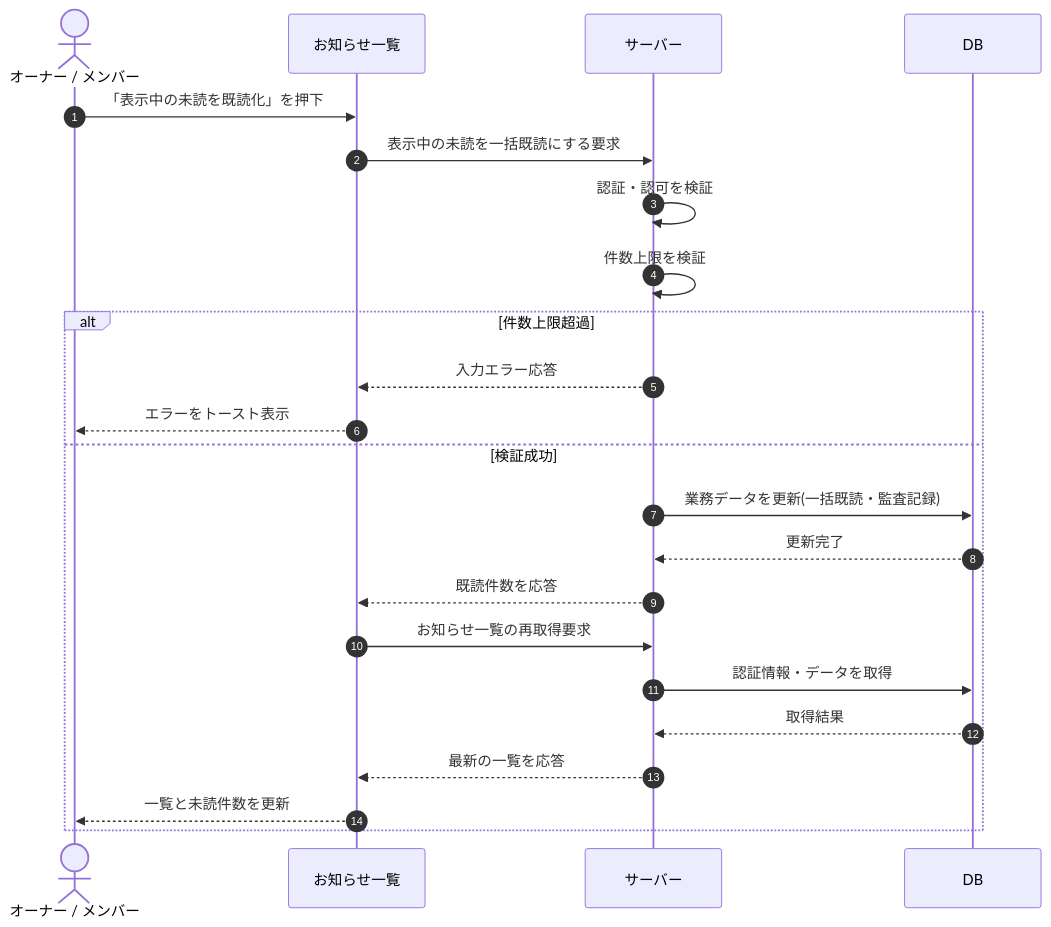
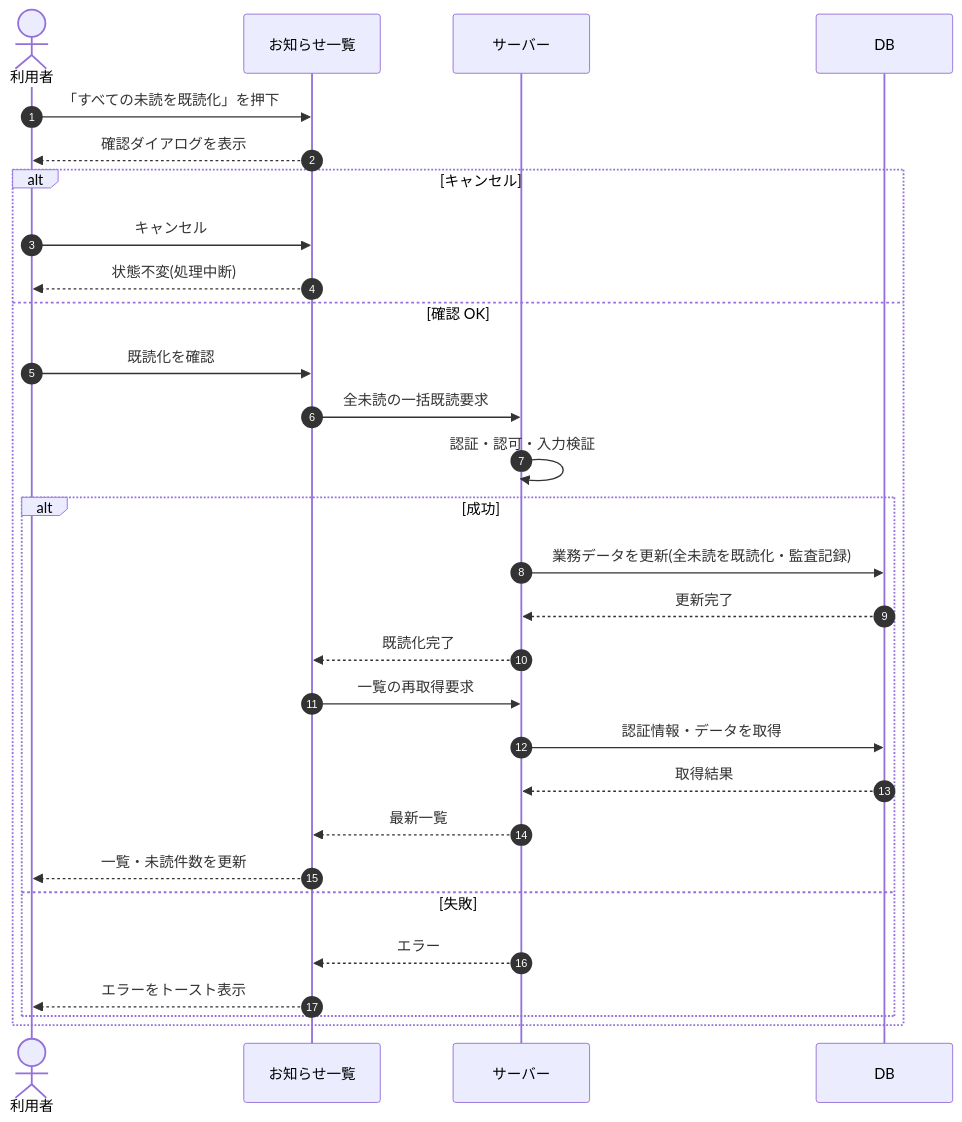
The diagram in 02_basic_design/03_sequences/SEQ-060.md (sikakou54/open-faq), drawn with Mermaid before and after one commit. The commit also changed other lines of this file and 395 other files, not shown here.

````diff
--- a/02_basic_design/03_sequences/SEQ-060.md
+++ b/02_basic_design/03_sequences/SEQ-060.md
@@ -25,25 +25,31 @@
 ```mermaid
 sequenceDiagram
   autonumber
-  actor U as オーナー / メンバー
+  actor U as 利用者
   participant Screen as お知らせ一覧
   participant Server as サーバー
   participant DB as DB
-  U->>Screen: 「表示中の未読を既読化」を押下
-  Screen->>Server: 表示中の未読を一括既読にする要求
-  Server->>Server: 認証・認可を検証
-  Server->>Server: 件数上限を検証
-  alt 件数上限超過
-    Server-->>Screen: 入力エラー応答
-    Screen-->>U: エラーをトースト表示
-  else 検証成功
-    Server->>DB: 業務データを更新(一括既読・監査記録)
-    DB-->>Server: 更新完了
-    Server-->>Screen: 既読件数を応答
-    Screen->>Server: お知らせ一覧の再取得要求
-    Server->>DB: 認証情報・データを取得
-    DB-->>Server: 取得結果
-    Server-->>Screen: 最新の一覧を応答
-    Screen-->>U: 一覧と未読件数を更新
+  U->>Screen: 「すべての未読を既読化」を押下
+  Screen-->>U: 確認ダイアログを表示
+  alt キャンセル
+    U->>Screen: キャンセル
+    Screen-->>U: 状態不変(処理中断)
+  else 確認 OK
+    U->>Screen: 既読化を確認
+    Screen->>Server: 全未読の一括既読要求
+    Server->>Server: 認証・認可・入力検証
+    alt 成功
+      Server->>DB: 業務データを更新(全未読を既読化・監査記録)
+      DB-->>Server: 更新完了
+      Server-->>Screen: 既読化完了
+      Screen->>Server: 一覧の再取得要求
+      Server->>DB: 認証情報・データを取得
+      DB-->>Server: 取得結果
+      Server-->>Screen: 最新一覧
+      Screen-->>U: 一覧・未読件数を更新
+    else 失敗
+      Server-->>Screen: エラー
+      Screen-->>U: エラーをトースト表示
+    end
   end
 ```
````
